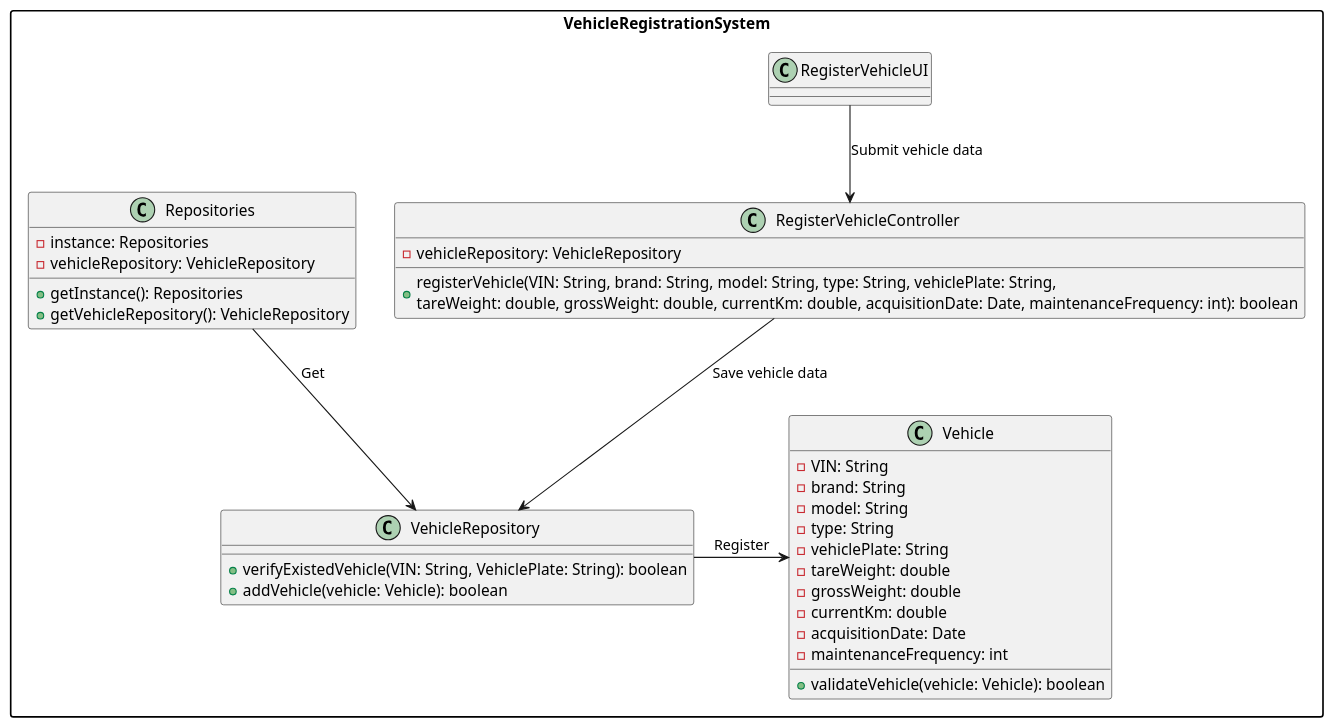
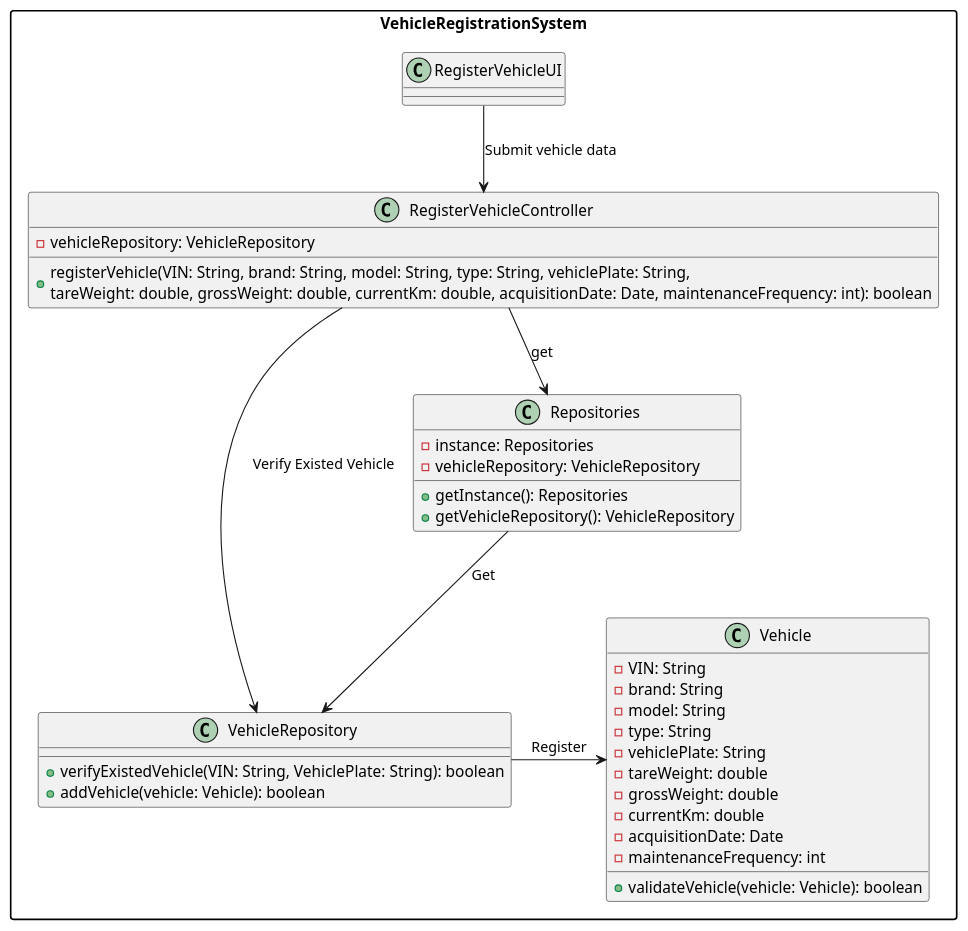
One commit to ricardomm7/leaflink changed the diagram in docs/sprintB/us006/03.design/puml/us006-class-diagram.puml. Above: the diagram before and after it, drawn with PlantUML. The commit also changed 9 other files, not shown here.

Commit message:
LFC2-150<Update US008 Readme.md and Class Diagram> LFC2-90<Update SSD>

```diff
--- a/docs/sprintB/us006/03.design/puml/us006-class-diagram.puml
+++ b/docs/sprintB/us006/03.design/puml/us006-class-diagram.puml
@@ -1,49 +1,50 @@
 @startuml
 skinparam packageStyle rectangle
 skinparam shadowing false
 skinparam line type polyline
 
 package VehicleRegistrationSystem {
     class RegisterVehicleUI {
 
     }
 
     class RegisterVehicleController {
         - vehicleRepository: VehicleRepository
         + registerVehicle(VIN: String, brand: String, model: String, type: String, vehiclePlate: String, \ntareWeight: double, grossWeight: double, currentKm: double, acquisitionDate: Date, maintenanceFrequency: int): boolean
     }
 
     class Repositories {
         - instance: Repositories
         - vehicleRepository: VehicleRepository
         + getInstance(): Repositories
         + getVehicleRepository(): VehicleRepository
     }
 
     class VehicleRepository {
         + verifyExistedVehicle(VIN: String, VehiclePlate: String): boolean
         + addVehicle(vehicle: Vehicle): boolean
     }
 
     class Vehicle {
         - VIN: String
         - brand: String
         - model: String
         - type: String
         - vehiclePlate: String
         - tareWeight: double
         - grossWeight: double
         - currentKm: double
         - acquisitionDate: Date
         - maintenanceFrequency: int
 
         + validateVehicle(vehicle: Vehicle): boolean
     }
 
+    RegisterVehicleUI --> RegisterVehicleController: Submit vehicle data
+    RegisterVehicleController --> Repositories: get
+    RegisterVehicleController --> VehicleRepository: Verify Existed Vehicle
     Repositories --> VehicleRepository: Get
-    RegisterVehicleUI --> RegisterVehicleController: Submit vehicle data
-    RegisterVehicleController --> VehicleRepository: Save vehicle data
     VehicleRepository -> Vehicle: Register
 }
 
 @enduml
```
